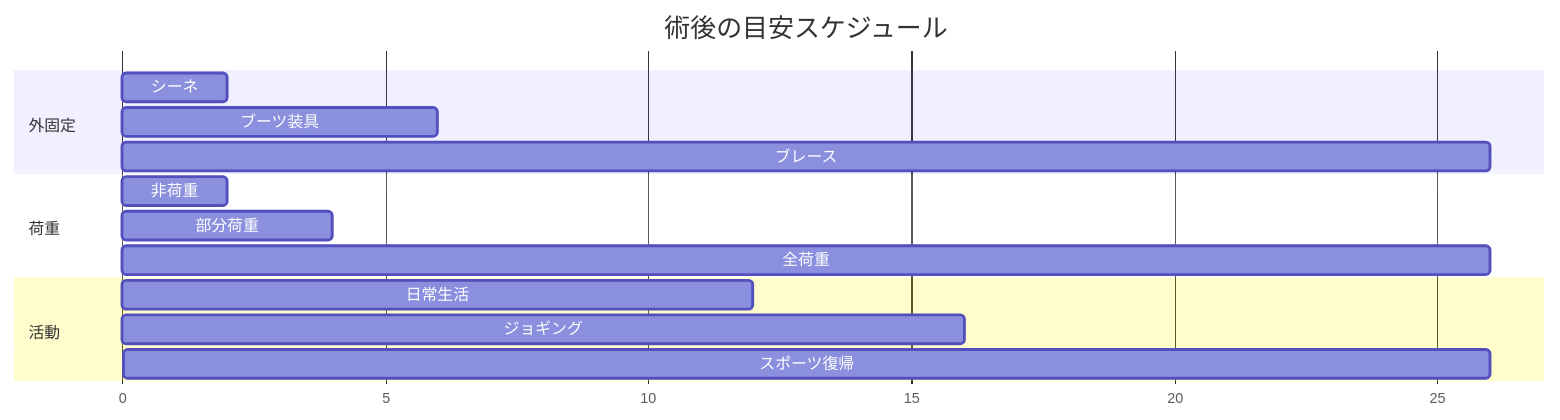
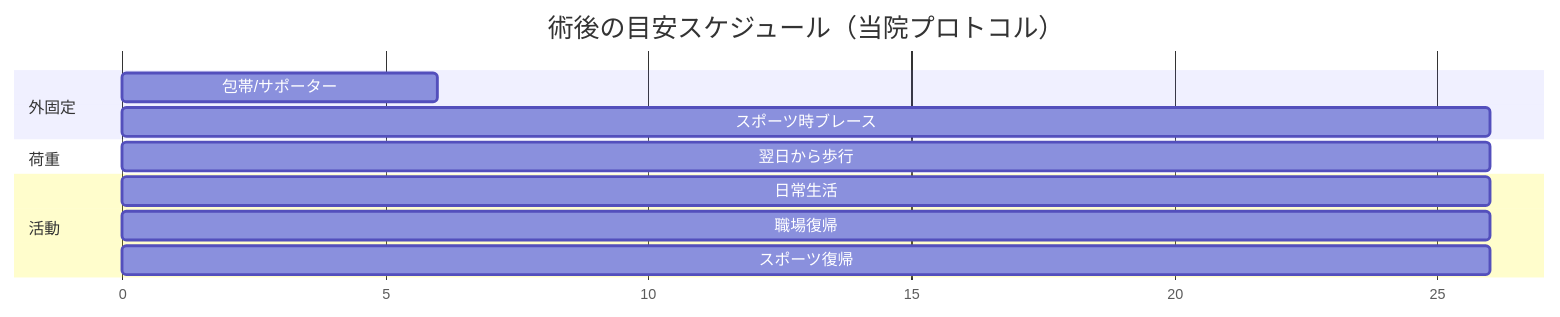
One commit to TakaOrtho/ogawa-foot-clinic-wiki changed the second of 2 diagrams in docs/patient/ankle-instability.md. Above: the diagram before and after it, drawn with Mermaid. The commit also changed other lines of this file and 23 other files, not shown here.

````diff
--- a/docs/patient/ankle-instability.md
+++ b/docs/patient/ankle-instability.md
@@ -106,21 +136,18 @@
 ```mermaid
 gantt
-    title 術後の目安スケジュール
+    title 術後の目安スケジュール（当院プロトコル）
     dateFormat  X
     axisFormat  %s
 
     section 外固定
-    シーネ          :a1, 0, 2
-    ブーツ装具      :a2, 2, 6
-    ブレース        :a3, 6, 26
+    包帯/サポーター     :a1, 0, 6
+    スポーツ時ブレース  :a2, 6, 26
 
     section 荷重
-    非荷重          :b1, 0, 2
-    部分荷重        :b2, 2, 4
-    全荷重          :b3, 4, 26
+    翌日から歩行       :b1, 0, 26
 
     section 活動
-    日常生活        :c1, 6, 12
-    ジョギング      :c2, 12, 16
-    スポーツ復帰    :c3, 16, 26
+    日常生活           :c1, 0, 26
+    職場復帰           :c2, 6, 26
+    スポーツ復帰       :c3, 6, 26
 ```
````
